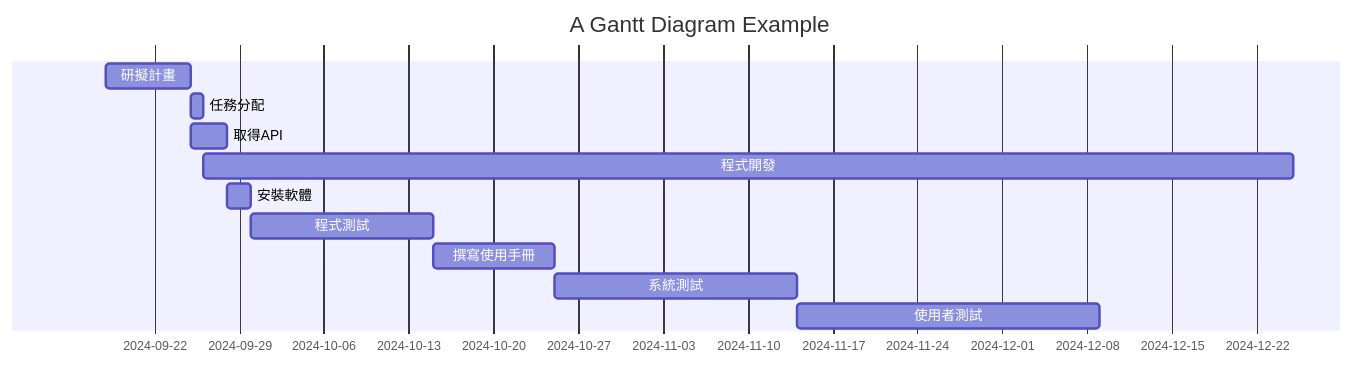
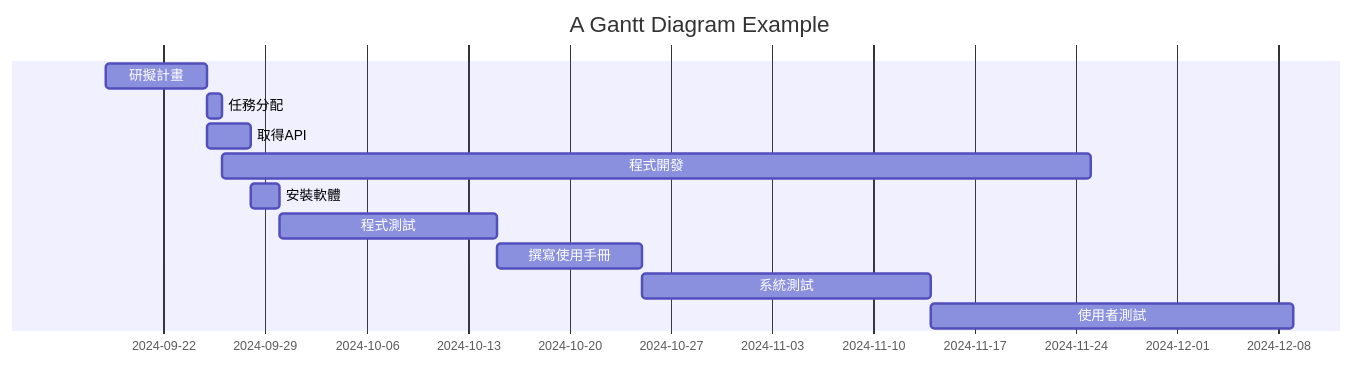
Before and after one commit to koreanfish1450/AI-answer-correction: the first of 3 diagrams in 系統分析/team_HW2/HW.md, drawn with Mermaid.

````diff
--- a/系統分析/team_HW2/HW.md
+++ b/系統分析/team_HW2/HW.md
@@ -1,19 +1,19 @@
 ```mermaid
 gantt
     title A Gantt Diagram Example
 
     dateFormat  YYYY-MM-DD
     axisFormat  %Y-%m-%d
 
     研擬計畫           :a1, 2024-9-18, 7d
     任務分配           :a2, after a1, 1d
     取得API           :a3, after a1, 3d
 
-    程式開發           :a4, after a2, 90d
+    程式開發           :a4, after a2, 60d
     安裝軟體           :a5, after a3, 2d
 
     程式測試           :a6, after a5, 15d
     撰寫使用手冊        :a7, after a6, 10d
     系統測試           :a8, after a7, 20d
     使用者測試         :a9, after a8, 25d
 ```
````
